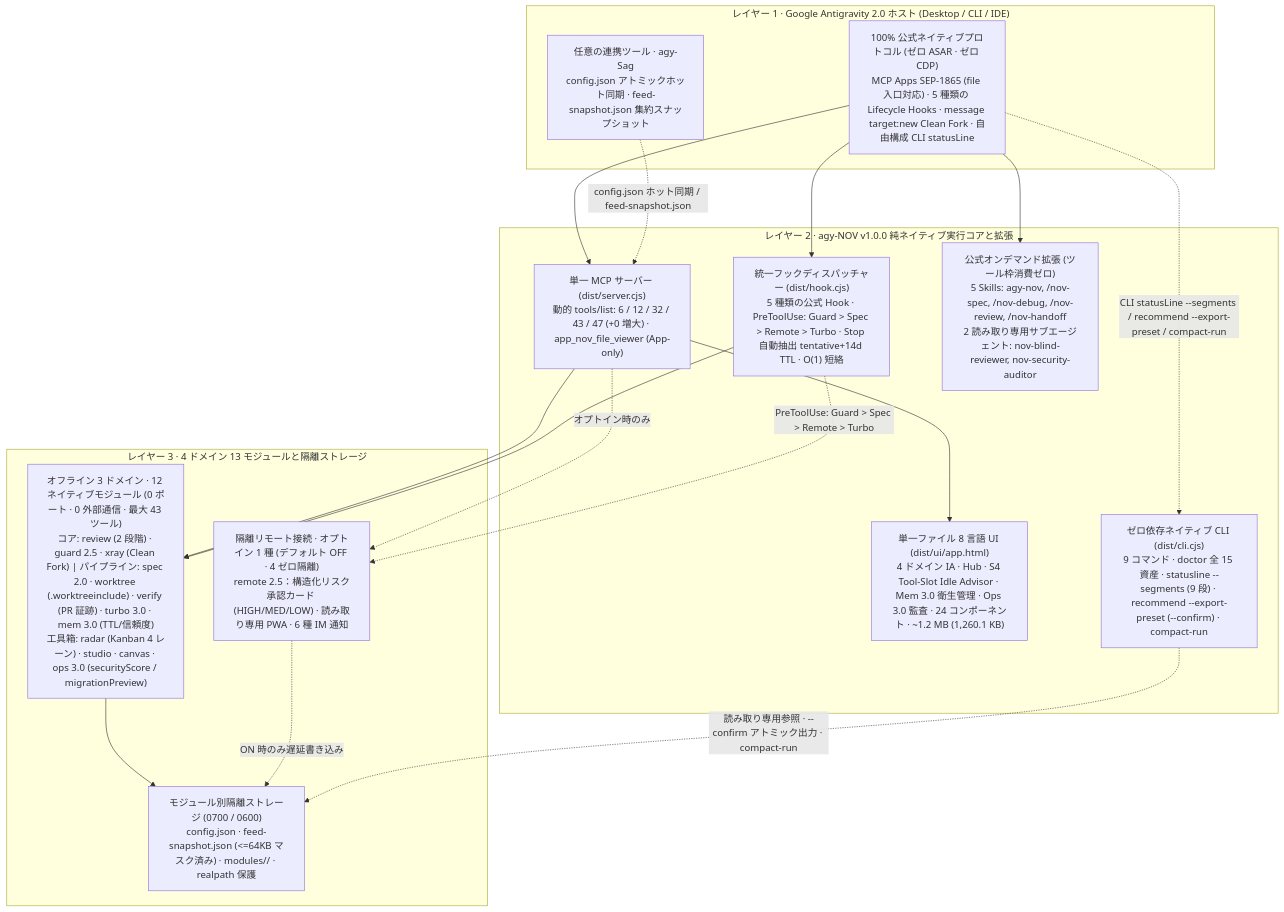
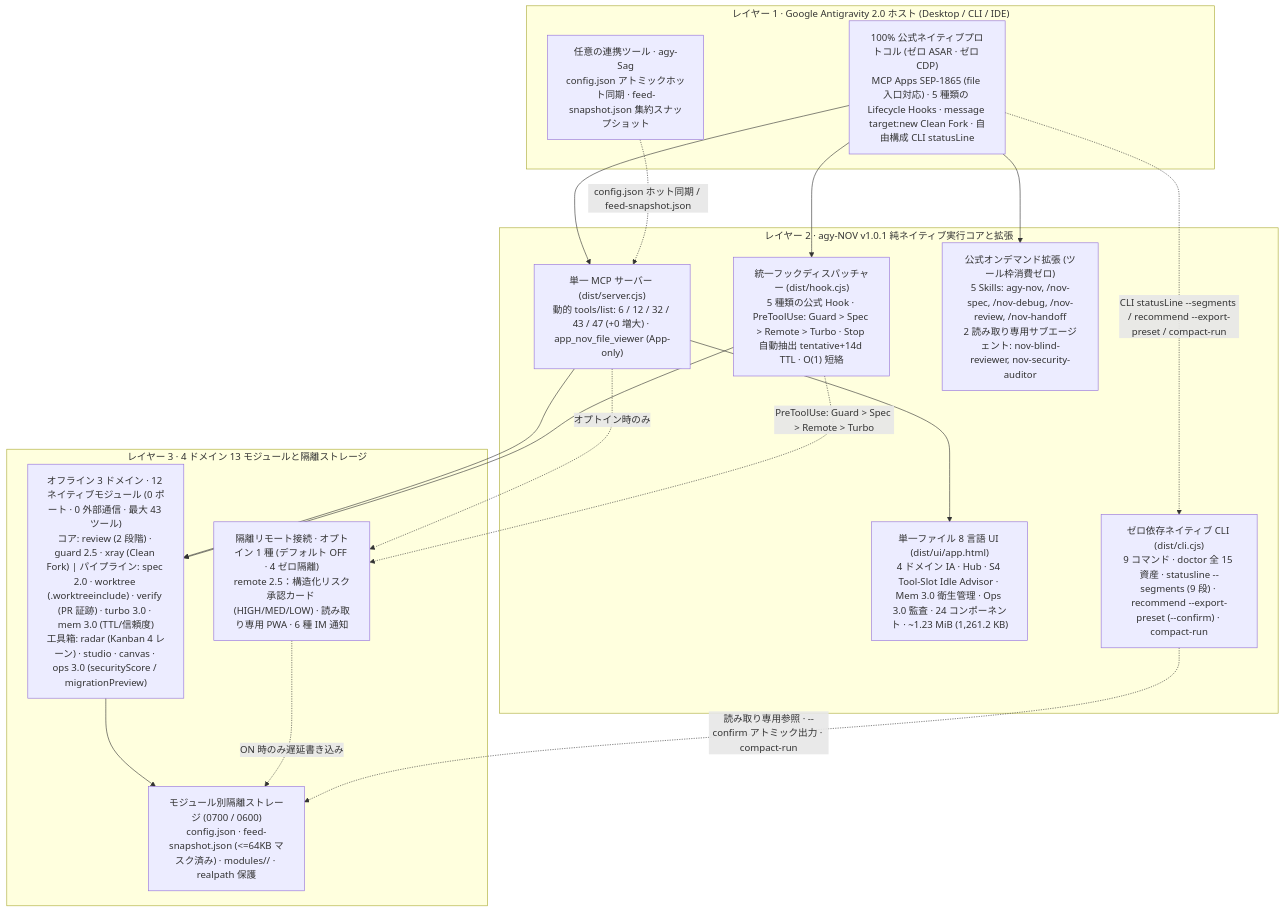
Before and after one commit to tone-leh/agy-NOV: the diagram in docs/i18n/README.ja.md, drawn with Mermaid. The commit also changed other lines of this file and 69 other files, not shown here.

````diff
--- a/docs/i18n/README.ja.md
+++ b/docs/i18n/README.ja.md
@@ -235,35 +239,35 @@
 ```mermaid
 flowchart TB
   subgraph L1["レイヤー 1 · Google Antigravity 2.0 ホスト (Desktop / CLI / IDE)"]
     Host["100% 公式ネイティブプロトコル (ゼロ ASAR · ゼロ CDP)\nMCP Apps SEP-1865 (file 入口対応) · 5 種類の Lifecycle Hooks · message target:new Clean Fork · 自由構成 CLI statusLine"]
     Sag["任意の連携ツール · agy-Sag\nconfig.json アトミックホット同期 · feed-snapshot.json 集約スナップショット"]
   end
 
-  subgraph L2["レイヤー 2 · agy-NOV v1.0.0 純ネイティブ実行コアと拡張"]
+  subgraph L2["レイヤー 2 · agy-NOV v1.0.1 純ネイティブ実行コアと拡張"]
     MCP["単一 MCP サーバー (dist/server.cjs)\n動的 tools/list: 6 / 12 / 32 / 43 / 47 (+0 増大) · app_nov_file_viewer (App-only)"]
     Hook["統一フックディスパッチャー (dist/hook.cjs)\n5 種類の公式 Hook · PreToolUse: Guard > Spec > Remote > Turbo · Stop 自動抽出 tentative+14d TTL · O(1) 短絡"]
-    UI["単一ファイル 8 言語 UI (dist/ui/app.html)\n4 ドメイン IA · Hub · S4 Tool-Slot Idle Advisor · Mem 3.0 衛生管理 · Ops 3.0 監査 · 24 コンポーネント · ~1.2 MB (1,260.1 KB)"]
+    UI["単一ファイル 8 言語 UI (dist/ui/app.html)\n4 ドメイン IA · Hub · S4 Tool-Slot Idle Advisor · Mem 3.0 衛生管理 · Ops 3.0 監査 · 24 コンポーネント · ~1.23 MiB (1,261.2 KB)"]
     Ext["公式オンデマンド拡張 (ツール枠消費ゼロ)\n5 Skills: agy-nov, /nov-spec, /nov-debug, /nov-review, /nov-handoff\n2 読み取り専用サブエージェント: nov-blind-reviewer, nov-security-auditor"]
     CLI["ゼロ依存ネイティブ CLI (dist/cli.cjs)\n9 コマンド · doctor 全 15 資産 · statusline --segments (9 段) · recommend --export-preset (--confirm) · compact-run"]
   end
 
   subgraph L3["レイヤー 3 · 4 ドメイン 13 モジュールと隔離ストレージ"]
     T1["オフライン 3 ドメイン · 12 ネイティブモジュール (0 ポート · 0 外部通信 · 最大 43 ツール)\nコア: review (2 段階) · guard 2.5 · xray (Clean Fork) | パイプライン: spec 2.0 · worktree (.worktreeinclude) · verify (PR 証跡) · turbo 3.0 · mem 3.0 (TTL/信頼度)\n工具箱: radar (Kanban 4 レーン) · studio · canvas · ops 3.0 (securityScore / migrationPreview)"]
     T2R["隔離リモート接続 · オプトイン 1 種 (デフォルト OFF · 4 ゼロ隔離)\nremote 2.5：構造化リスク承認カード (HIGH/MED/LOW) · 読み取り専用 PWA · 6 種 IM 通知"]
     Store["モジュール別隔離ストレージ (0700 / 0600)\nconfig.json · feed-snapshot.json (<=64KB マスク済み) · modules/<id>/ · realpath 保護"]
   end
 
   Host --> MCP
   Host --> Hook
   Host --> Ext
   Host -. "CLI statusLine --segments / recommend --export-preset / compact-run" .-> CLI
   Sag -. "config.json ホット同期 / feed-snapshot.json" .-> MCP
   MCP --> UI
   MCP --> T1
   MCP -. "オプトイン時のみ" .-> T2R
   Hook --> T1
   Hook -. "PreToolUse: Guard > Spec > Remote > Turbo" .-> T2R
   T1 --> Store
   T2R -. "ON 時のみ遅延書き込み" .-> Store
   CLI -. "読み取り専用参照 · --confirm アトミック出力 · compact-run" .-> Store
 ```
````
